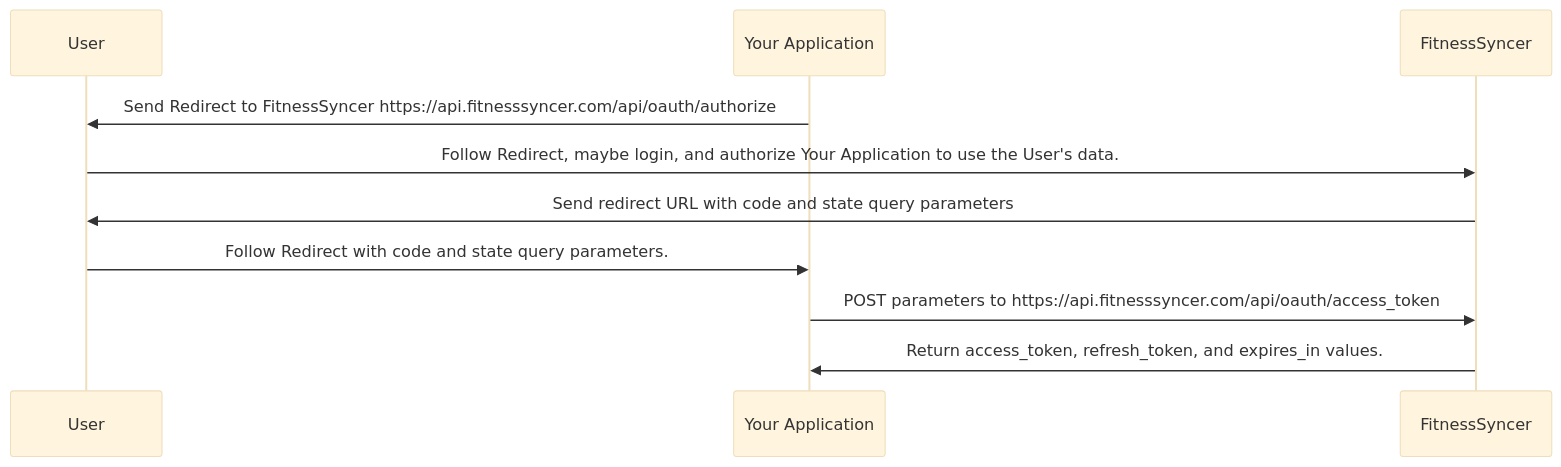
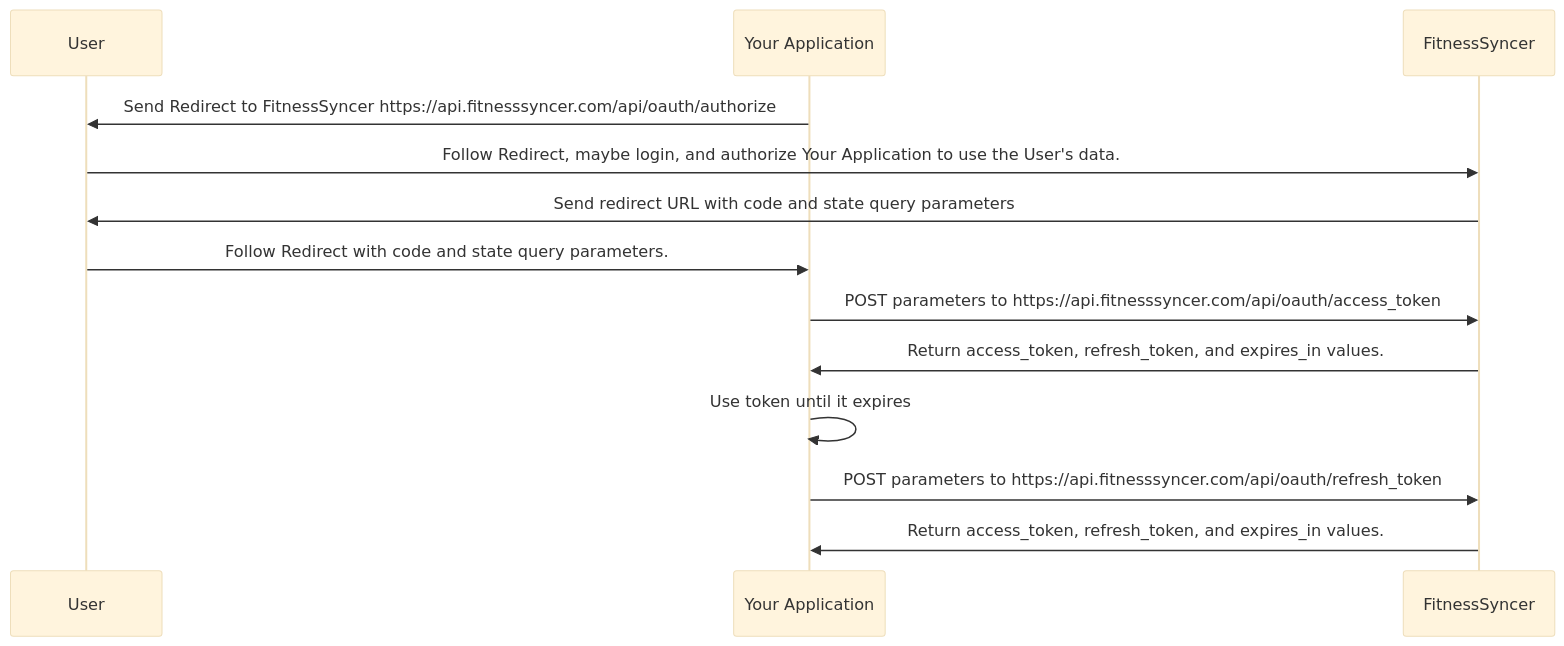
The first of 3 diagrams in README.md (FitnessSyncer/FitnessSyncerAPI), drawn with Mermaid (base theme) before and after one commit. The commit also changed other lines of this file, not shown here.

Commit message:
Adding documentation URL's to the associated API's in comments. Also adding additional information on existing flows.

````diff
--- a/README.md
+++ b/README.md
@@ -17,12 +17,18 @@
 ```mermaid
 sequenceDiagram
   participant User
   participant Your Application
   participant FitnessSyncer
+  %% https://www.fitnesssyncer.com/api/documentation.html#authorize
   Your Application->>User: Send Redirect to FitnessSyncer https://api.fitnesssyncer.com/api/oauth/authorize
   User->>FitnessSyncer: Follow Redirect, maybe login, and authorize Your Application to use the User's data.
   FitnessSyncer->>User: Send redirect URL with code and state query parameters
   User->>Your Application: Follow Redirect with code and state query parameters.
+  %% https://www.fitnesssyncer.com/api/documentation.html#accessing_token
   Your Application->>FitnessSyncer: POST parameters to https://api.fitnesssyncer.com/api/oauth/access_token
   FitnessSyncer->>Your Application: Return access_token, refresh_token, and expires_in values.
+  Your Application->>Your Application: Use token until it expires
+  %% https://www.fitnesssyncer.com/api/documentation.html#refreshing_token
+  Your Application->>FitnessSyncer: POST parameters to https://api.fitnesssyncer.com/api/oauth/refresh_token
+  FitnessSyncer->>Your Application: Return access_token, refresh_token, and expires_in values.
 ```
````
